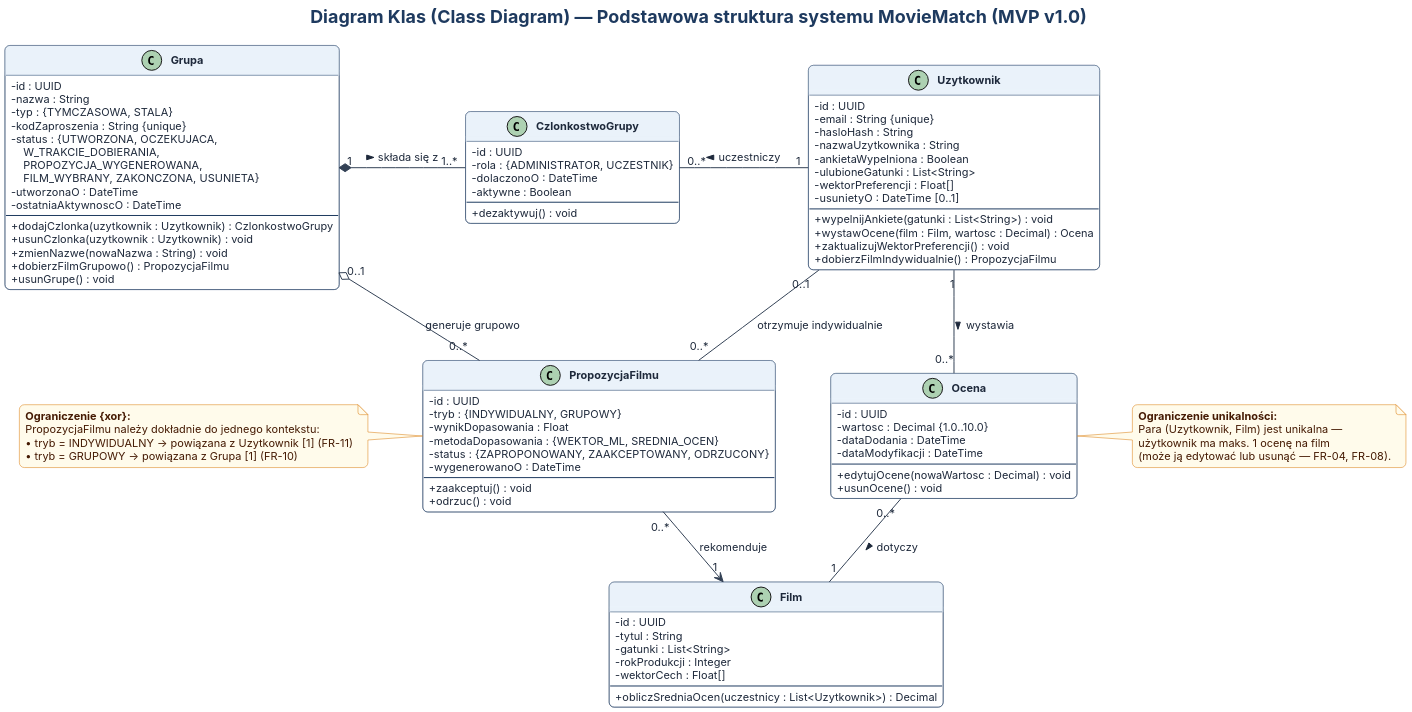
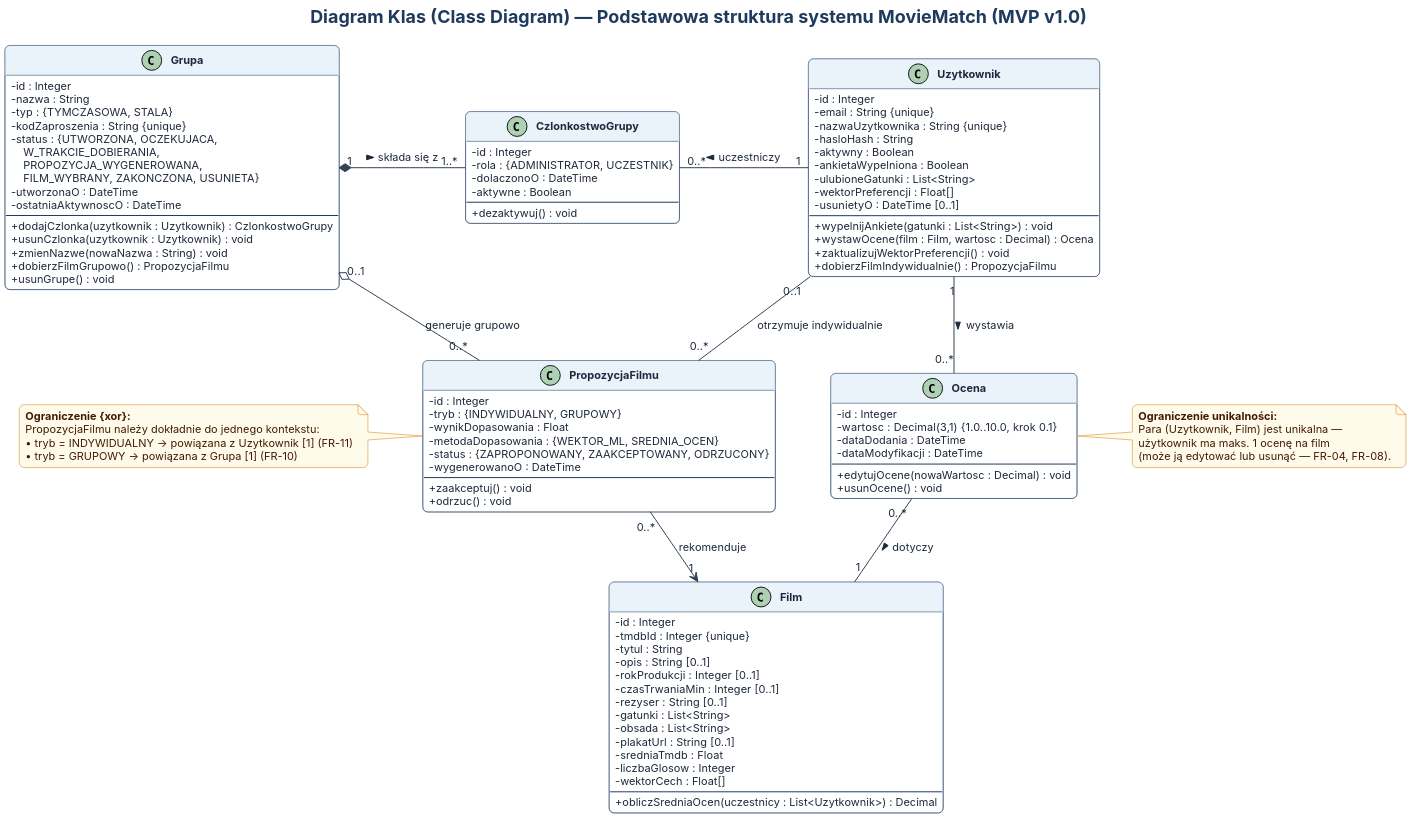
One commit to SzymonK328190/laboratorium7_uml_moviematch changed the diagram in puml/05_class_diagram.puml. Above: the diagram before and after it, drawn with PlantUML. The commit also changed 13 other files, not shown here.

```diff
--- a/puml/05_class_diagram.puml
+++ b/puml/05_class_diagram.puml
@@ -1,147 +1,156 @@
 @startuml 05_class_diagram
 skinparam dpi 180
 skinparam shadowing false
 skinparam defaultFontName "Inter"
 skinparam defaultFontSize 12
 skinparam roundcorner 10
 skinparam classAttributeIconSize 0
 skinparam nodesep 55
 skinparam ranksep 55
 
 skinparam titleFontSize 18
 skinparam titleFontColor #1E3A5F
 skinparam footerFontSize 10
 skinparam footerFontColor #64748B
 
 skinparam class {
   BackgroundColor #FFFFFF
   HeaderBackgroundColor #EAF2FA
   BorderColor #1E3A5F
   FontColor #0F172A
   FontStyle bold
   AttributeFontColor #1E293B
   AttributeFontSize 11
   StereotypeFontColor #1E3A5F
 }
 
 skinparam note {
   BackgroundColor #FFFBEB
   BorderColor #D97706
   FontColor #451A03
   FontSize 11
 }
 
 skinparam arrow {
   Color #334155
   FontColor #1E293B
   FontSize 11
 }
 
 title Diagram Klas (Class Diagram) — Podstawowa struktura systemu MovieMatch (MVP v1.0)
 
 class Uzytkownik {
-  - id : UUID
+  - id : Integer
   - email : String {unique}
+  - nazwaUzytkownika : String {unique}
   - hasloHash : String
-  - nazwaUzytkownika : String
+  - aktywny : Boolean
   - ankietaWypelniona : Boolean
   - ulubioneGatunki : List<String>
   - wektorPreferencji : Float[]
   - usunietyO : DateTime [0..1]
   --
   + wypelnijAnkiete(gatunki : List<String>) : void
   + wystawOcene(film : Film, wartosc : Decimal) : Ocena
   + zaktualizujWektorPreferencji() : void
   + dobierzFilmIndywidualnie() : PropozycjaFilmu
 }
 
 class Ocena {
-  - id : UUID
-  - wartosc : Decimal {1.0..10.0}
+  - id : Integer
+  - wartosc : Decimal(3,1) {1.0..10.0, krok 0.1}
   - dataDodania : DateTime
   - dataModyfikacji : DateTime
   --
   + edytujOcene(nowaWartosc : Decimal) : void
   + usunOcene() : void
 }
 
 class Film {
-  - id : UUID
+  - id : Integer
+  - tmdbId : Integer {unique}
   - tytul : String
+  - opis : String [0..1]
+  - rokProdukcji : Integer [0..1]
+  - czasTrwaniaMin : Integer [0..1]
+  - rezyser : String [0..1]
   - gatunki : List<String>
-  - rokProdukcji : Integer
+  - obsada : List<String>
+  - plakatUrl : String [0..1]
+  - sredniaTmdb : Float
+  - liczbaGlosow : Integer
   - wektorCech : Float[]
   --
   + obliczSredniaOcen(uczestnicy : List<Uzytkownik>) : Decimal
 }
 
 class CzlonkostwoGrupy {
-  - id : UUID
+  - id : Integer
   - rola : {ADMINISTRATOR, UCZESTNIK}
   - dolaczonoO : DateTime
   - aktywne : Boolean
   --
   + dezaktywuj() : void
 }
 
 class Grupa {
-  - id : UUID
+  - id : Integer
   - nazwa : String
   - typ : {TYMCZASOWA, STALA}
   - kodZaproszenia : String {unique}
   - status : {UTWORZONA, OCZEKUJACA,\n    W_TRAKCIE_DOBIERANIA,\n    PROPOZYCJA_WYGENEROWANA,\n    FILM_WYBRANY, ZAKONCZONA, USUNIETA}
   - utworzonaO : DateTime
   - ostatniaAktywnoscO : DateTime
   --
   + dodajCzlonka(uzytkownik : Uzytkownik) : CzlonkostwoGrupy
   + usunCzlonka(uzytkownik : Uzytkownik) : void
   + zmienNazwe(nowaNazwa : String) : void
   + dobierzFilmGrupowo() : PropozycjaFilmu
   + usunGrupe() : void
 }
 
 class PropozycjaFilmu {
-  - id : UUID
+  - id : Integer
   - tryb : {INDYWIDUALNY, GRUPOWY}
   - wynikDopasowania : Float
   - metodaDopasowania : {WEKTOR_ML, SREDNIA_OCEN}
   - status : {ZAPROPONOWANY, ZAAKCEPTOWANY, ODRZUCONY}
   - wygenerowanoO : DateTime
   --
   + zaakceptuj() : void
   + odrzuc() : void
 }
 
 ' ==================== RELACJE I LICZNOŚCI ====================
 
 ' Członkostwo w grupach — górny wiersz bez przecięć (FR-06, FR-07, FR-13)
 Grupa "1" *-r- "1..*" CzlonkostwoGrupy : składa się z >
 CzlonkostwoGrupy "0..*" -r- "1" Uzytkownik : < uczestniczy
 
 ' Rekomendacje filmów — indywidualne i grupowe (FR-10, FR-11)
 Grupa "0..1" o-d- "0..*" PropozycjaFilmu : generuje grupowo
 Uzytkownik "0..1" -d- "0..*" PropozycjaFilmu : otrzymuje indywidualnie
 
 ' Oceny użytkownika dla filmów (FR-04, FR-08)
 Uzytkownik "1" -d- "0..*" Ocena : wystawia >
 
 ' Powiązania z filmem (dolny wiersz)
 PropozycjaFilmu "0..*" -d-> "1" Film : rekomenduje
 Ocena "0..*" -d- "1" Film : dotyczy >
 
 ' ==================== OGRANICZENIA DZIEDZINOWE (CONSTRAINTS) ====================
 note left of PropozycjaFilmu
   <b>Ograniczenie {xor}:</b>
   PropozycjaFilmu należy dokładnie do jednego kontekstu:
   • tryb = INDYWIDUALNY → powiązana z Uzytkownik [1] (FR-11)
   • tryb = GRUPOWY → powiązana z Grupa [1] (FR-10)
 end note
 
 note right of Ocena
   <b>Ograniczenie unikalności:</b>
   Para (Uzytkownik, Film) jest unikalna —
   użytkownik ma maks. 1 ocenę na film
   (może ją edytować lub usunąć — FR-04, FR-08).
 end note
 
 @enduml
```
